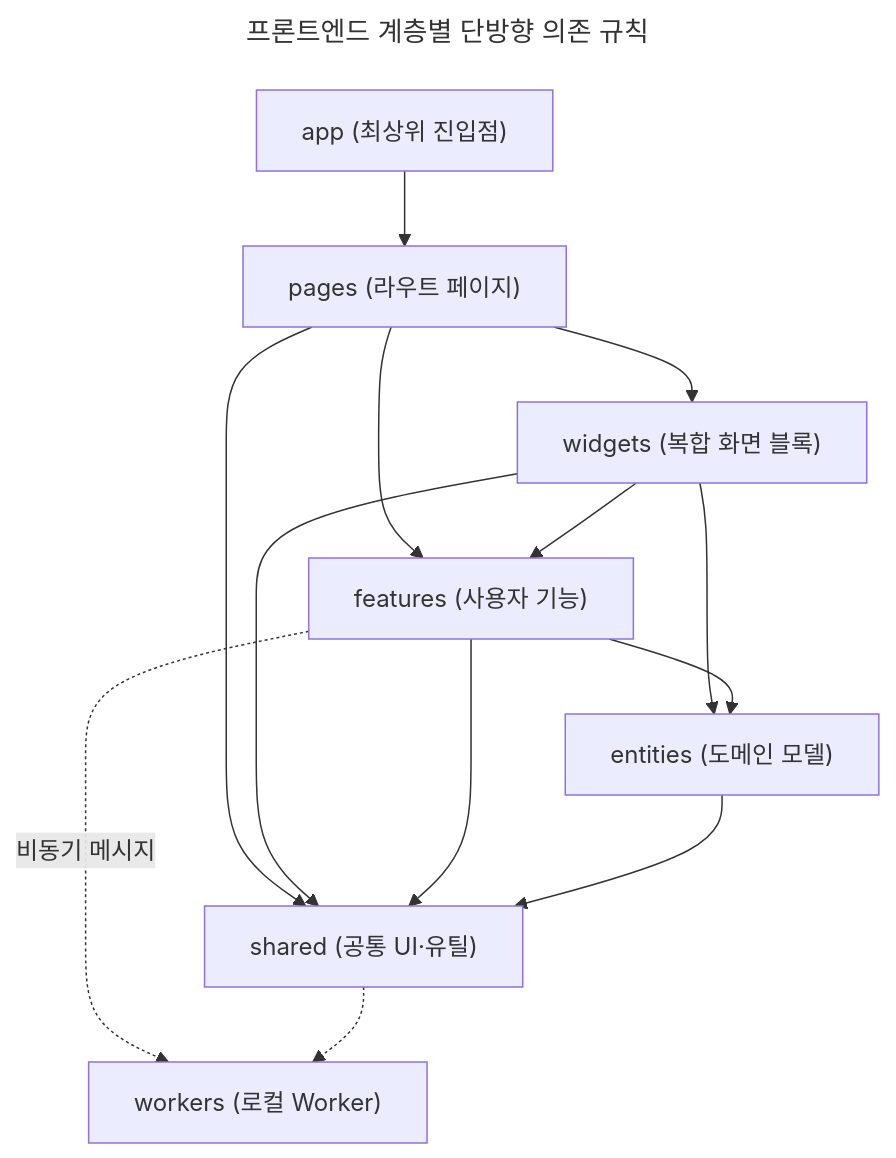
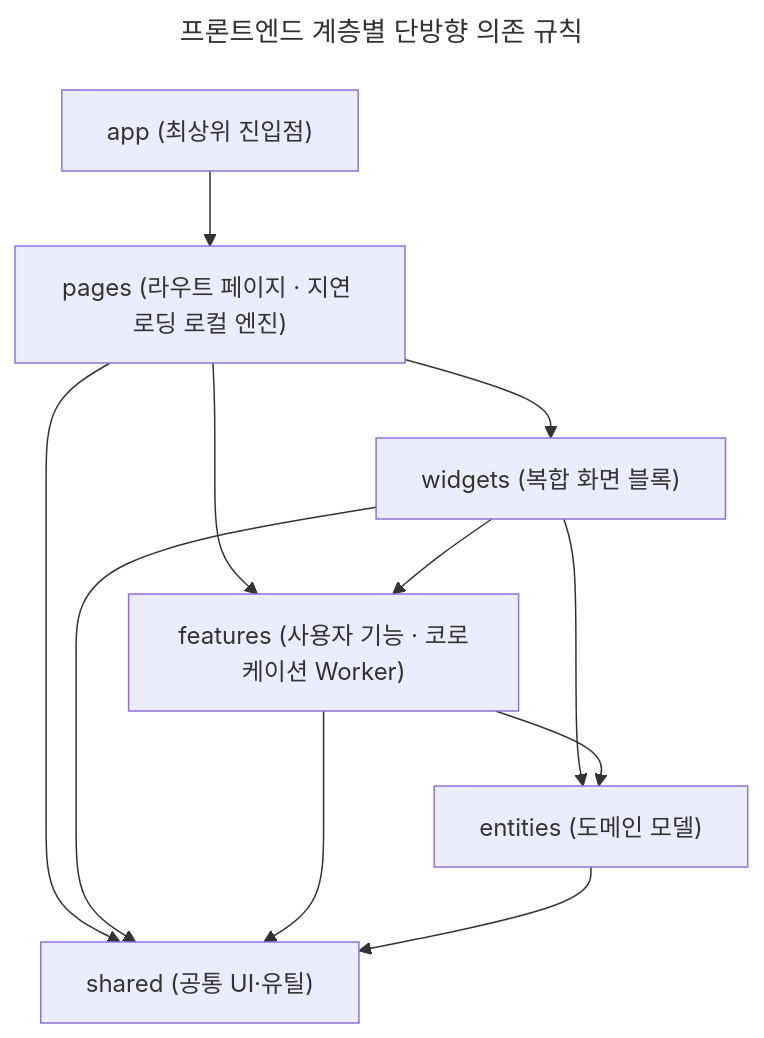
The diagram in frontend/fe-002-directory-modules.md (lkh-space/my-space-docs), drawn with Mermaid before and after one commit. The commit also changed other lines of this file and 6 other files, not shown here.

````diff
--- a/frontend/fe-002-directory-modules.md
+++ b/frontend/fe-002-directory-modules.md
@@ -63,19 +61,16 @@
 ```mermaid
 ---
 title: 프론트엔드 계층별 단방향 의존 규칙
 ---
 flowchart TD
-  App["app (최상위 진입점)"] --> Pages["pages (라우트 페이지)"]
+  App["app (최상위 진입점)"] --> Pages["pages (라우트 페이지 · 지연 로딩 로컬 엔진)"]
   Pages --> Widgets["widgets (복합 화면 블록)"]
-  Pages --> Features["features (사용자 기능)"]
+  Pages --> Features["features (사용자 기능 · 코로케이션 Worker)"]
   Widgets --> Features
   Widgets --> Entities["entities (도메인 모델)"]
   Features --> Entities
   Pages --> Shared["shared (공통 UI·유틸)"]
   Widgets --> Shared
   Features --> Shared
   Entities --> Shared
-
-  Features -.->|비동기 메시지| Workers["workers (로컬 Worker)"]
-  Shared -.-> Workers
 ```
````
